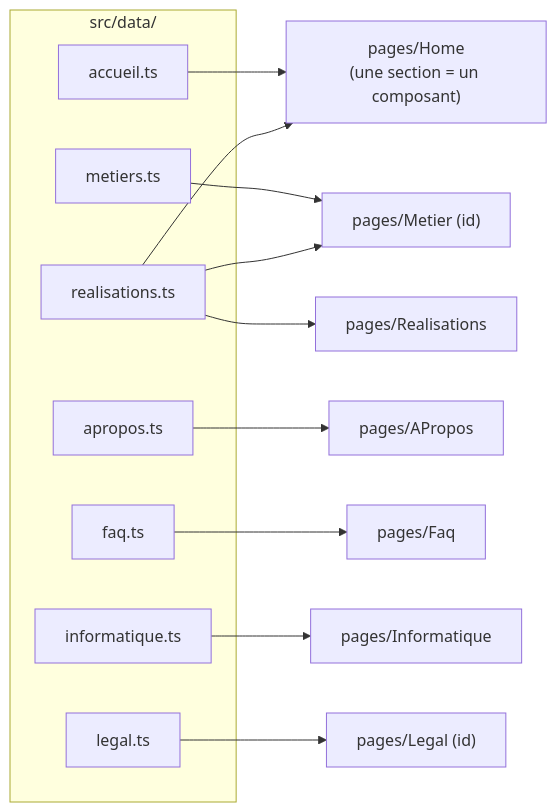
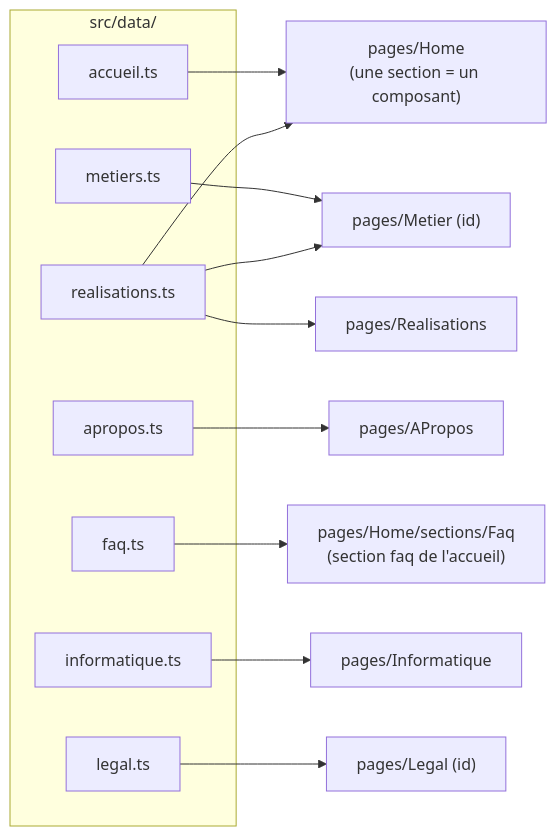
The diagram in docs/fonctionnalites/pages-de-contenu.md (bsandoz79/bsandoz-site), drawn with Mermaid before and after one commit. The commit also changed other lines of this file and 15 other files, not shown here.

Commit message:
feat: FAQ en bas de l'accueil, 3 questions puis « Voir plus »

````diff
--- a/docs/fonctionnalites/pages-de-contenu.md
+++ b/docs/fonctionnalites/pages-de-contenu.md
@@ -7,21 +7,21 @@
 ```mermaid
 flowchart LR
   subgraph data["src/data/"]
     accueil[accueil.ts]
     metiers[metiers.ts]
     real[realisations.ts]
     apropos[apropos.ts]
     faq[faq.ts]
     info[informatique.ts]
     legal[legal.ts]
   end
   accueil --> Home["pages/Home<br/>(une section = un composant)"]
   real --> Home
   metiers --> Metier["pages/Metier (id)"]
   real --> Metier
   real --> Realisations["pages/Realisations"]
   apropos --> APropos["pages/APropos"]
-  faq --> Faq["pages/Faq"]
+  faq --> Faq["pages/Home/sections/Faq<br/>(section faq de l'accueil)"]
   info --> Informatique["pages/Informatique"]
   legal --> Legal["pages/Legal (id)"]
 ```
````
